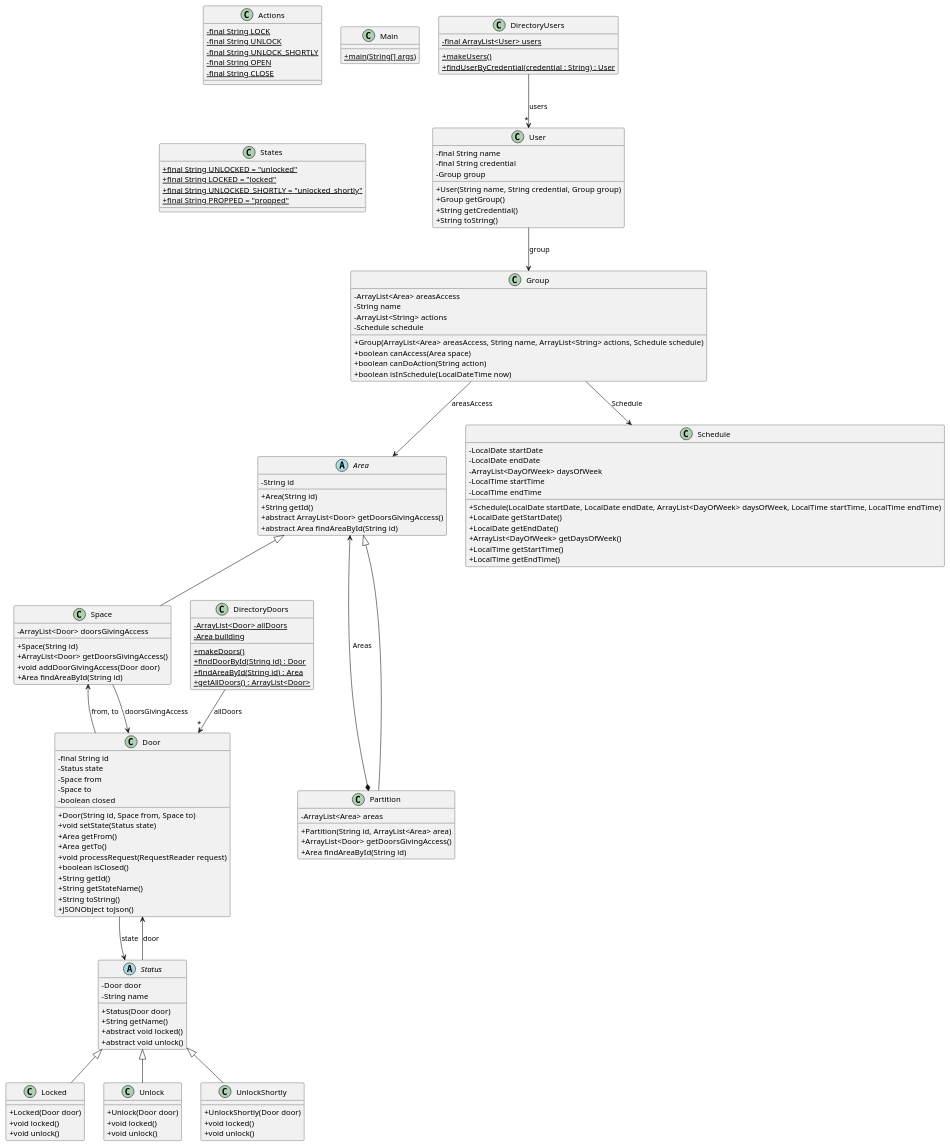
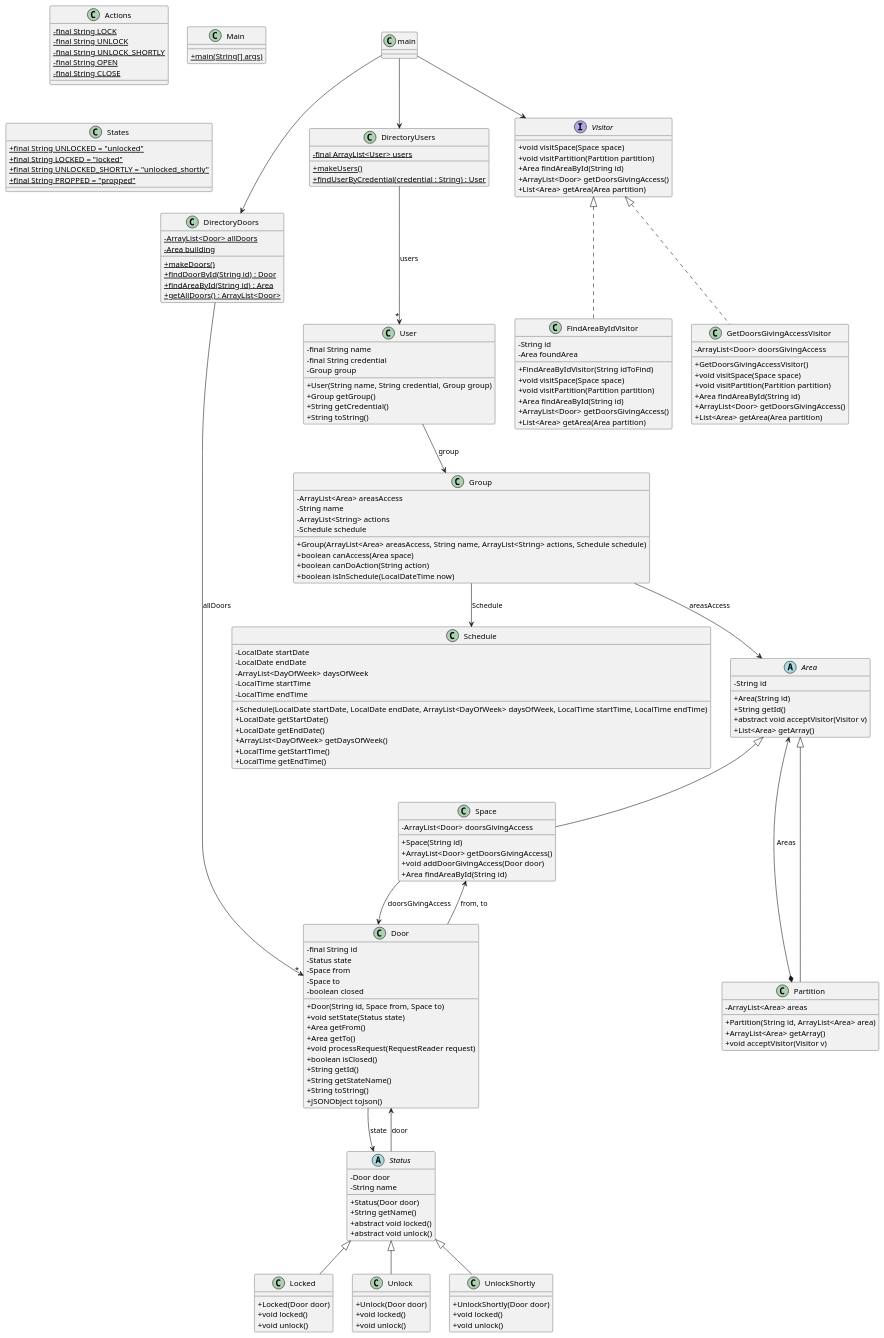
The diagram in src/basenostates/uml/DiagramProgram.puml (Jeii23/DS-Practiques), drawn with PlantUML before and after one commit.

Commit message:
Area Netejat + UML FET

```diff
--- a/src/basenostates/uml/DiagramProgram.puml
+++ b/src/basenostates/uml/DiagramProgram.puml
@@ -1,153 +1,184 @@
 @startuml
 skinparam classAttributeIconSize 0
 
 abstract class Area {
   - String id
   + Area(String id)
   + String getId()
-  + abstract ArrayList<Door> getDoorsGivingAccess()
-  + abstract Area findAreaById(String id)
+  + abstract void acceptVisitor(Visitor v)
+  + List<Area> getArray()
 }
 
 class Actions {
   - {static} final String LOCK
   - {static} final String UNLOCK
   - {static} final String UNLOCK_SHORTLY
   - {static} final String OPEN
   - {static} final String CLOSE
 }
 
 class DirectoryDoors {
   - {static} ArrayList<Door> allDoors
   - {static} Area building
   + {static} makeDoors()
   + {static} findDoorById(String id) : Door
   + {static} findAreaById(String id) : Area
   + {static} getAllDoors() : ArrayList<Door>
 }
 
 class DirectoryUsers {
   - {static} final ArrayList<User> users
   + {static} makeUsers()
   + {static} findUserByCredential(credential : String) : User
 }
 
 class Door {
   - final String id
   - Status state
   - Space from
   - Space to
   - boolean closed
   + Door(String id, Space from, Space to)
   + void setState(Status state)
   + Area getFrom()
   + Area getTo()
   + void processRequest(RequestReader request)
   + boolean isClosed()
   + String getId()
   + String getStateName()
   + String toString()
   + JSONObject toJson()
 }
 
 class User {
     - final String name
     - final String credential
     - Group group
     + User(String name, String credential, Group group)
     + Group getGroup()
     + String getCredential()
     + String toString()
 }
 
 class Group {
     - ArrayList<Area> areasAccess
     - String name
     - ArrayList<String> actions
     - Schedule schedule
     + Group(ArrayList<Area> areasAccess, String name, ArrayList<String> actions, Schedule schedule)
     + boolean canAccess(Area space)
     + boolean canDoAction(String action)
     + boolean isInSchedule(LocalDateTime now)
 }
 
 class Locked extends Status{
     + Locked(Door door)
     + void locked()
     + void unlock()
 }
 
 class Main {
   	+ {static} main(String[] args)
 }
 
 class Partition extends Area{
   	- ArrayList<Area> areas
   	+ Partition(String id, ArrayList<Area> area)
-  	+ ArrayList<Door> getDoorsGivingAccess()
-  	+ Area findAreaById(String id)
+  	+ ArrayList<Area> getArray()
+  	+ void acceptVisitor(Visitor v)
+
 }
 
 class Schedule {
   	- LocalDate startDate
   	- LocalDate endDate
   	- ArrayList<DayOfWeek> daysOfWeek
   	- LocalTime startTime
   	- LocalTime endTime
   	+ Schedule(LocalDate startDate, LocalDate endDate, ArrayList<DayOfWeek> daysOfWeek, LocalTime startTime, LocalTime endTime)
   	+ LocalDate getStartDate()
   	+ LocalDate getEndDate()
   	+ ArrayList<DayOfWeek> getDaysOfWeek()
   	+ LocalTime getStartTime()
   	+ LocalTime getEndTime()
 }
 
 class Space extends Area{
   	- ArrayList<Door> doorsGivingAccess
   	+ Space(String id)
   	+ ArrayList<Door> getDoorsGivingAccess()
   	+ void addDoorGivingAccess(Door door)
   	+ Area findAreaById(String id)
 }
 
 class States {
   	+ {static} final String UNLOCKED = "unlocked"
   	+ {static} final String LOCKED = "locked"
   	+ {static} final String UNLOCKED_SHORTLY = "unlocked_shortly"
   	+ {static} final String PROPPED = "propped"
 }
 
 abstract class Status {
   	- Door door
   	- String name
   	+ Status(Door door)
   	+ String getName()
   	+ abstract void locked()
   	+ abstract void unlock()
 }
 
 class Unlock extends Status{
   	+ Unlock(Door door)
   	+ void locked()
   	+ void unlock()
 }
 
 class UnlockShortly extends Status{
   	+ UnlockShortly(Door door)
   	+ void locked()
   	+ void unlock()
 }
 
+interface Visitor {
+  + void visitSpace(Space space)
+  + void visitPartition(Partition partition)
+  + Area findAreaById(String id)
+  + ArrayList<Door> getDoorsGivingAccess()
+  + List<Area> getArea(Area partition)
+}
 
+class FindAreaByIdVisitor implements Visitor {
+  - String id
+  - Area foundArea
+  + FindAreaByIdVisitor(String idToFind)
+  + void visitSpace(Space space)
+  + void visitPartition(Partition partition)
+  + Area findAreaById(String id)
+  + ArrayList<Door> getDoorsGivingAccess()
+    + List<Area> getArea(Area partition)
+}
 
+class GetDoorsGivingAccessVisitor implements Visitor {
+  - ArrayList<Door> doorsGivingAccess
+  + GetDoorsGivingAccessVisitor()
+  + void visitSpace(Space space)
+  + void visitPartition(Partition partition)
+  + Area findAreaById(String id)
+  + ArrayList<Door> getDoorsGivingAccess()
+    + List<Area> getArea(Area partition)
+}
+
+main --> DirectoryUsers
+main --> DirectoryDoors
+main --> Visitor
 Group --> Schedule : "Schedule"
 DirectoryDoors --> "*" Door : "allDoors"
 DirectoryUsers --> "*" User : "users"
 User --> Group : "group"
 Group -->  Area : "areasAccess"
 Door --> Space : from, to
 Door --> Status : state
 Space --> Door : doorsGivingAccess
 Partition *---> Area : Areas
 Status --> Door : door
 @enduml
```
